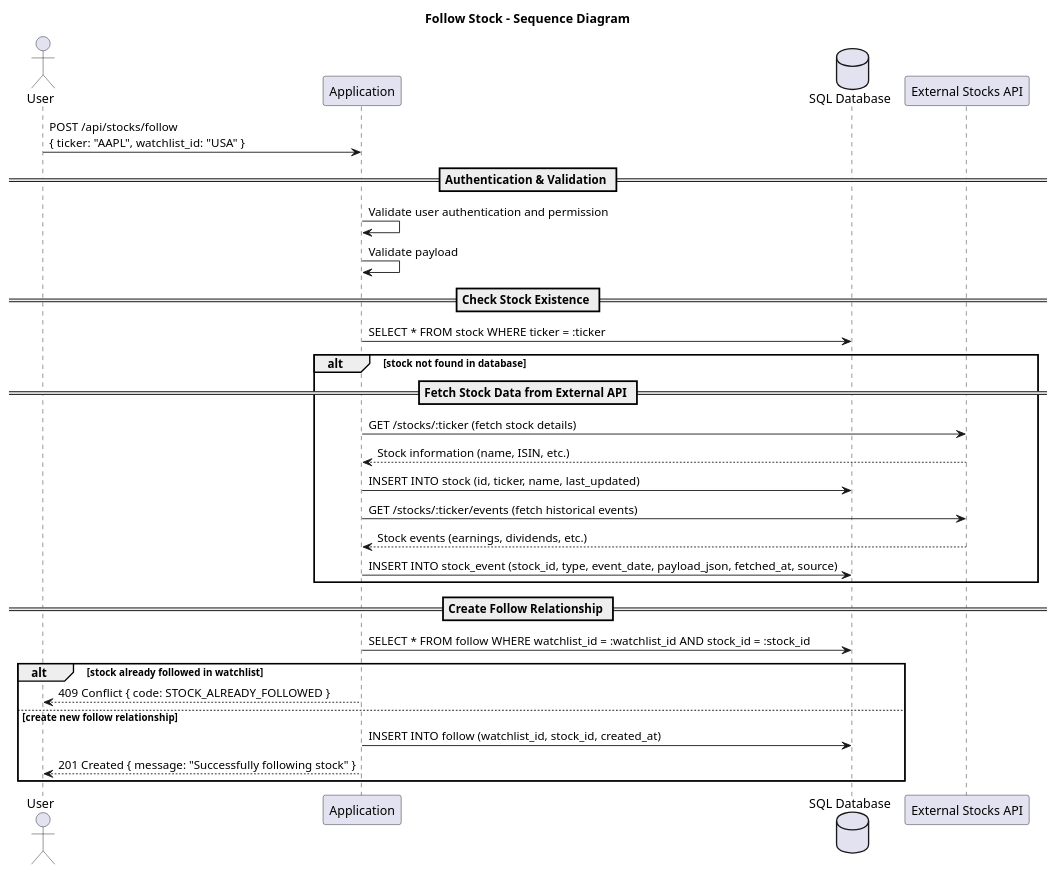
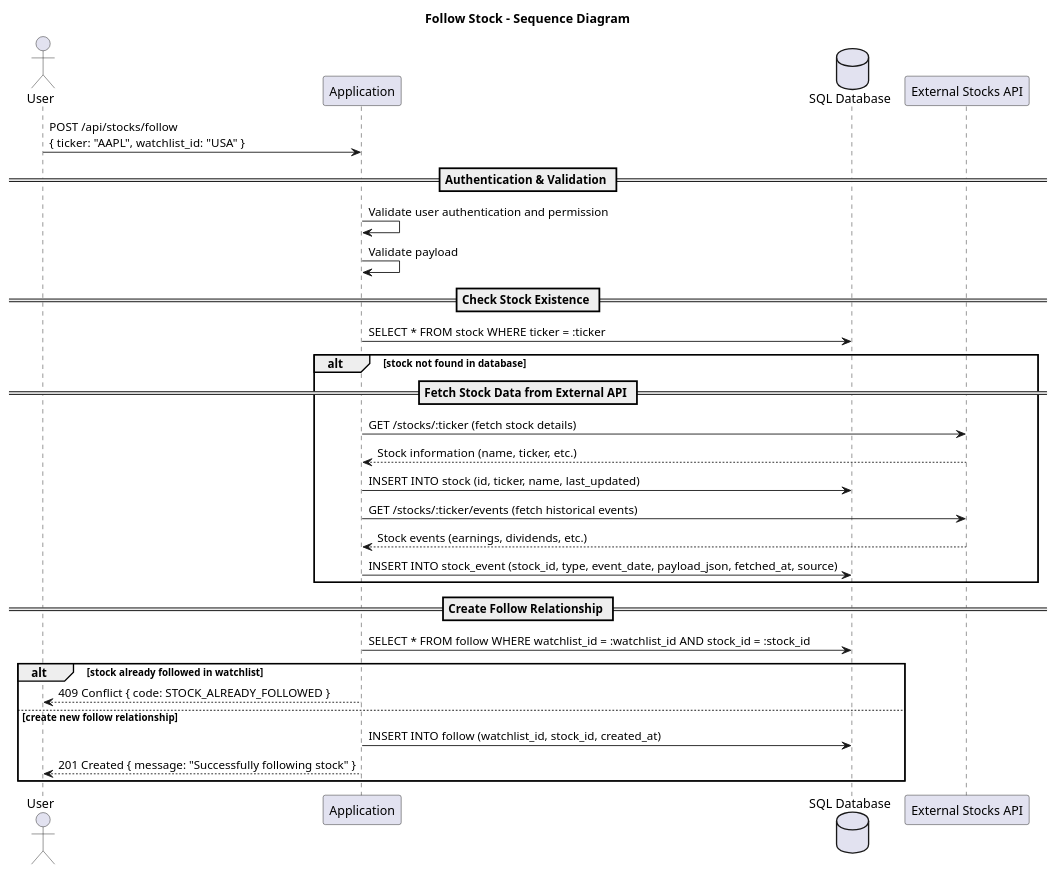
The diagram in docs/uml/sequence_diagram_follow_stock.puml (PhilippXXY/ticker-cal-tracker), drawn with PlantUML before and after one commit. The commit also changed 4 other files, not shown here.

```diff
--- a/docs/uml/sequence_diagram_follow_stock.puml
+++ b/docs/uml/sequence_diagram_follow_stock.puml
@@ -1,38 +1,38 @@
 @startuml sequence_diagram_follow_stock
 title Follow Stock - Sequence Diagram
 
 actor User
 participant "Application" as APP
 database "SQL Database" as DB
 participant "External Stocks API" as EXT
 
 User -> APP: POST /api/stocks/follow\n{ ticker: "AAPL", watchlist_id: "USA" }
 
 == Authentication & Validation ==
 APP -> APP: Validate user authentication and permission
 APP -> APP: Validate payload
 
 == Check Stock Existence ==
 APP -> DB: SELECT * FROM stock WHERE ticker = :ticker
 
 alt stock not found in database
     == Fetch Stock Data from External API ==
     APP -> EXT: GET /stocks/:ticker (fetch stock details)
-    EXT --> APP: Stock information (name, ISIN, etc.)
+    EXT --> APP: Stock information (name, ticker, etc.)
     APP -> DB: INSERT INTO stock (id, ticker, name, last_updated)
     
     APP -> EXT: GET /stocks/:ticker/events (fetch historical events)
     EXT --> APP: Stock events (earnings, dividends, etc.)
     APP -> DB: INSERT INTO stock_event (stock_id, type, event_date, payload_json, fetched_at, source)
 end
 
 == Create Follow Relationship ==
 APP -> DB: SELECT * FROM follow WHERE watchlist_id = :watchlist_id AND stock_id = :stock_id
 
 alt stock already followed in watchlist
     APP --> User: 409 Conflict { code: STOCK_ALREADY_FOLLOWED }
 else create new follow relationship
     APP -> DB: INSERT INTO follow (watchlist_id, stock_id, created_at)
     APP --> User: 201 Created { message: "Successfully following stock" }
 end
 @enduml
```
